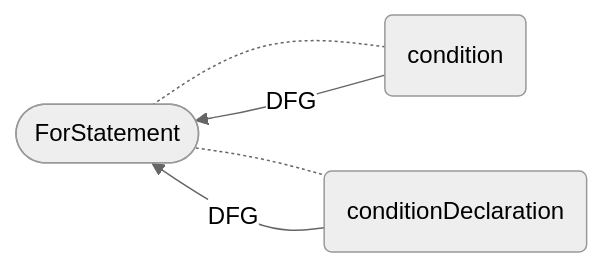
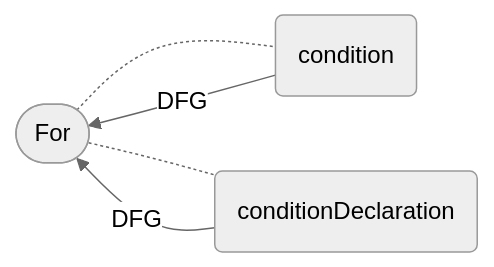
Diagram 33 of 40 in docs/docs/CPG/specs/dfg.md (Fraunhofer-AISEC/cpg), drawn with Mermaid (neutral theme) before and after one commit. The commit also changed other lines of this file and 99 other files, not shown here.

First line of the commit message:
Remove `Statement` suffix from expression node classes (#2604)

````diff
--- a/docs/docs/CPG/specs/dfg.md
+++ b/docs/docs/CPG/specs/dfg.md
@@ -644,7 +644,7 @@
 ```mermaid
   flowchart LR
-    node([ForStatement]) -.- condition(condition)
+    node([For]) -.- condition(condition)
     node -.- conditionDeclaration(conditionDeclaration)
     condition -- DFG --> node
     conditionDeclaration  -- DFG --> node
 ```
````
